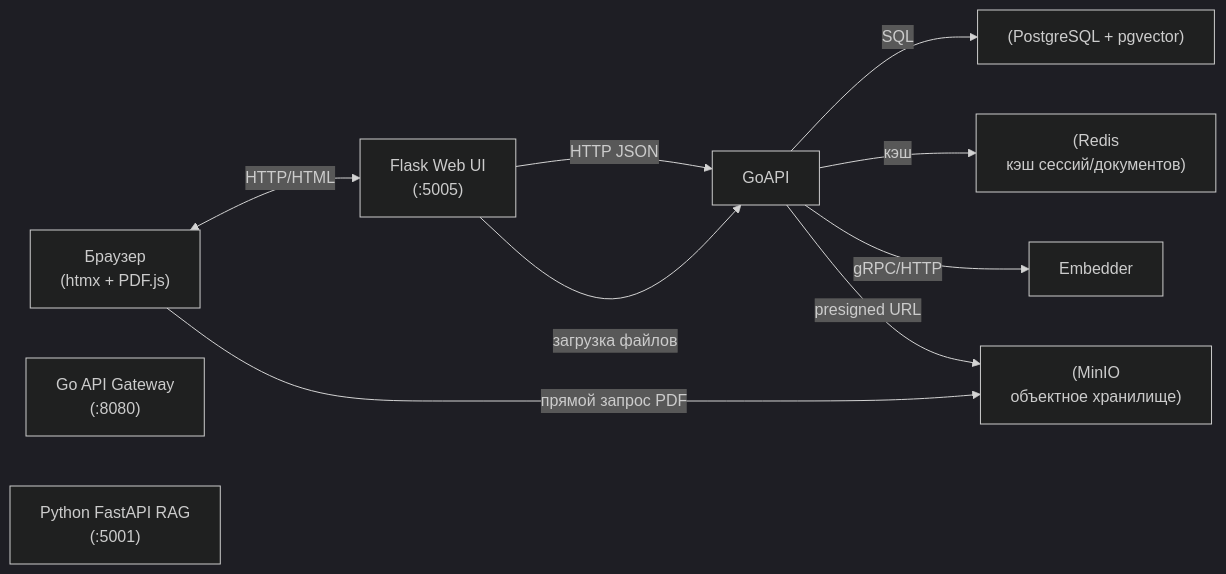
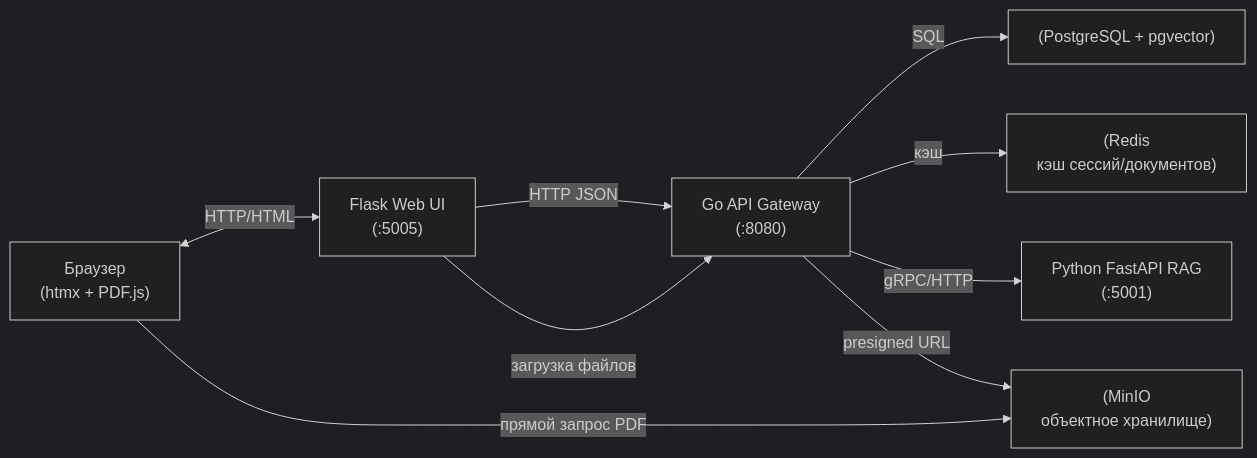
Before and after one commit to AndB0ndar/doc-archive: the diagram in README.md, drawn with Mermaid (dark theme).

````diff
--- a/README.md
+++ b/README.md
@@ -24,24 +24,24 @@
 ```mermaid
 flowchart LR
     Browser["Браузер
 (htmx + PDF.js)"]
     WebUI["Flask Web UI
 (:5005)"]
-    API-Gateway["Go API Gateway
+    GoAPI["Go API Gateway
 (:8080)"]
     Postgres["(PostgreSQL + pgvector)"]
     Redis["(Redis
 кэш сессий/документов)"]
     RAG["Python FastAPI RAG
 (:5001)"]
     MinIO["(MinIO\nобъектное хранилище)"]
 
     Browser <-->|HTTP/HTML| WebUI
     WebUI -->|HTTP JSON| GoAPI
     GoAPI -->|SQL| Postgres
     GoAPI -->|кэш| Redis
-    GoAPI -->|gRPC/HTTP| Embedder
+    GoAPI -->|gRPC/HTTP| RAG
     GoAPI -->|presigned URL| MinIO
     WebUI -->|загрузка файлов| GoAPI
     Browser -->|прямой запрос PDF| MinIO
 ```
````
